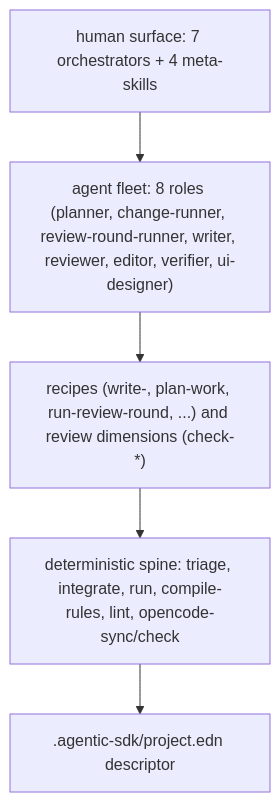
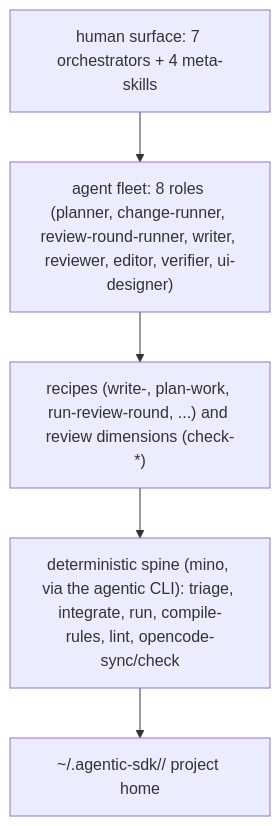
Before and after one commit to leifericf/agentic-sdk: the diagram in README.md, drawn with Mermaid. The commit also changed other lines of this file and 62 other files, not shown here.

Commit message:
Refactor: Move project state to home dir and add agentic CLI

````diff
--- a/README.md
+++ b/README.md
@@ -33,7 +34,7 @@
 ```mermaid
 flowchart TD
   EP["human surface: 7 orchestrators + 4 meta-skills"] --> AG["agent fleet: 8 roles (planner, change-runner, review-round-runner, writer, reviewer, editor, verifier, ui-designer)"]
   AG --> RC["recipes (write-<lang>, plan-work, run-review-round, ...) and review dimensions (check-*)"]
-  RC --> SP["deterministic spine: triage, integrate, run, compile-rules, lint, opencode-sync/check"]
-  SP --> PD[".agentic-sdk/project.edn descriptor"]
+  RC --> SP["deterministic spine (mino, via the agentic CLI): triage, integrate, run, compile-rules, lint, opencode-sync/check"]
+  SP --> PD["~/.agentic-sdk/<project>/ project home"]
 ```
````
